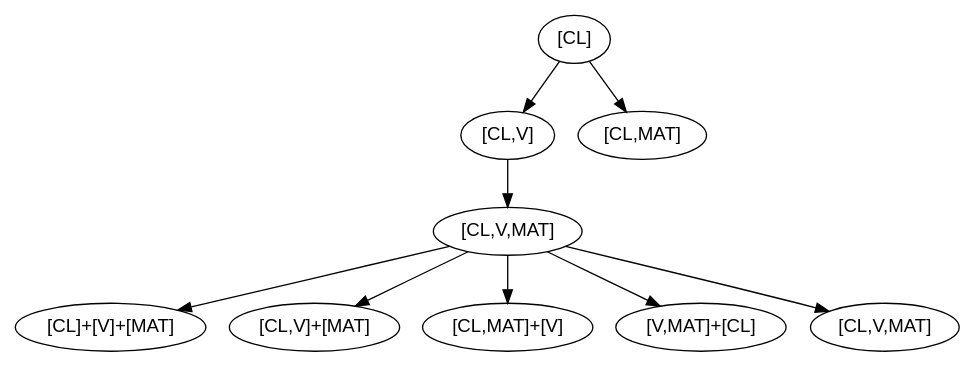
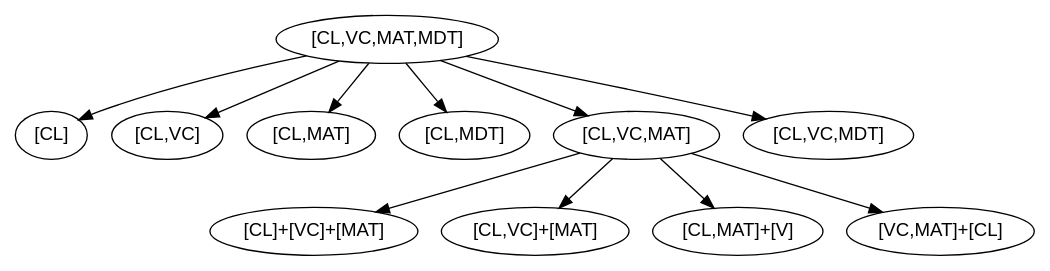
Before and after one commit to pharmpy/pharmpy: the fifth of 6 diagrams in docs/iivsearch.rst, drawn with Graphviz. The commit also changed other lines of this file, not shown here.

```diff
--- a/docs/iivsearch.rst
+++ b/docs/iivsearch.rst
@@ -200,26 +274,30 @@
 .. graphviz::
 
     digraph BST {
             node [fontname="Arial"];
+            base [label="[CL,VC,MAT,MDT]"]
             s1 [label="[CL]"]
-            s2 [label="[CL,V]"]
+            s2 [label="[CL,VC]"]
             s3 [label="[CL,MAT]"]
-            s4 [label="[CL,V,MAT]"]
+            s4 [label="[CL,MDT]"]
+            s5 [label="[CL,VC,MAT]"]
+            s6 [label="[CL,VC,MDT]"]
 
-            s1 -> s2
-            s1 -> s3
-            s2 -> s4
-            
-            s5 [label="[CL]+[V]+[MAT]"]
-            s6 [label="[CL,V]+[MAT]"]
-            s7 [label="[CL,MAT]+[V]"]
-            s8 [label="[V,MAT]+[CL]"]
-            s9 [label="[CL,V,MAT]"]
-            
-            s4 -> s5
-            s4 -> s6
-            s4 -> s7
-            s4 -> s8
-            s4 -> s9
-            
+            base -> s1
+            base -> s2
+            base -> s3
+            base -> s4
+            base -> s5
+            base -> s6
+
+            s7 [label="[CL]+[VC]+[MAT]"]
+            s8 [label="[CL,VC]+[MAT]"]
+            s9 [label="[CL,MAT]+[V]"]
+            s10 [label="[VC,MAT]+[CL]"]
+
+            s5 -> s7
+            s5 -> s8
+            s5 -> s9
+            s5 -> s10
+
         }
```
